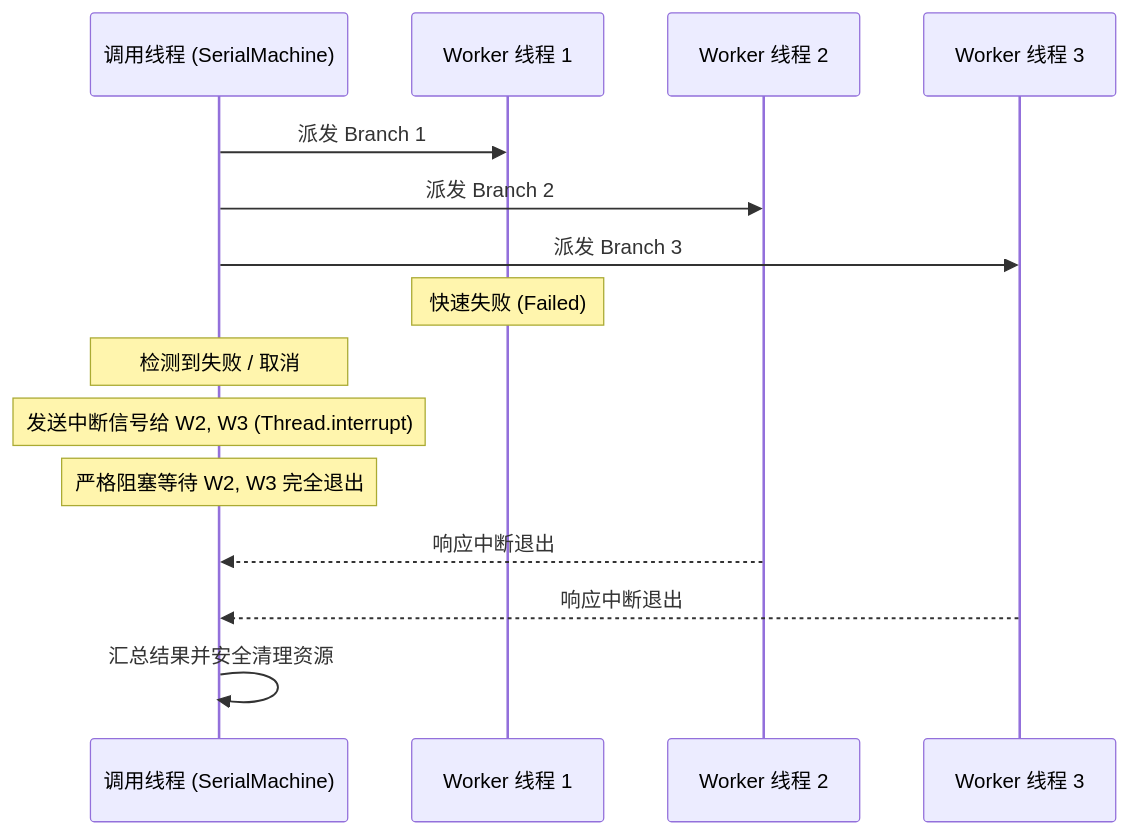
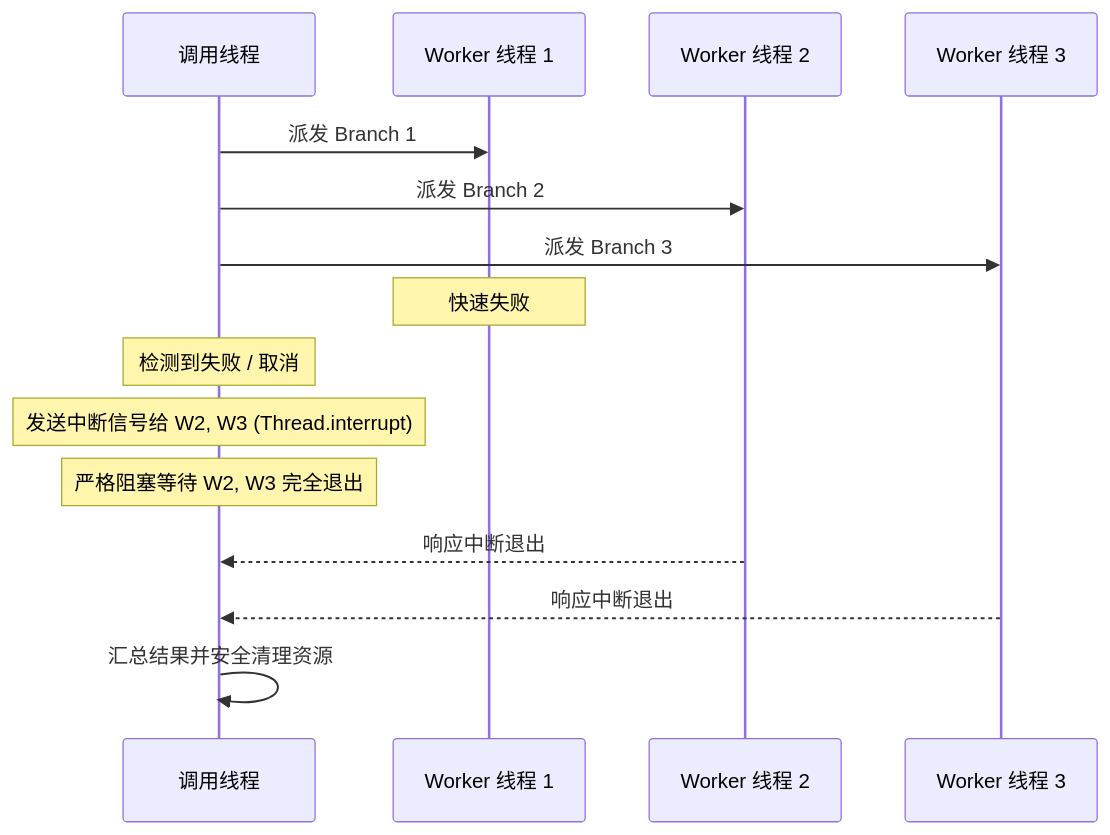
The second of 2 diagrams in docs/flow/flow-parallel.md (team4u/team4u-framework), drawn with Mermaid before and after one commit. The commit also changed other lines of this file and 142 other files, not shown here.

````diff
--- a/docs/flow/flow-parallel.md
+++ b/docs/flow/flow-parallel.md
@@ -174,21 +174,21 @@
 ```mermaid
 sequenceDiagram
-    participant Main as 调用线程 (SerialMachine)
+    participant Main as 调用线程
     participant W1 as Worker 线程 1
     participant W2 as Worker 线程 2
     participant W3 as Worker 线程 3
     
     Main->>W1: 派发 Branch 1
     Main->>W2: 派发 Branch 2
     Main->>W3: 派发 Branch 3
     
-    Note over W1: 快速失败 (Failed)
+    Note over W1: 快速失败
     Note over Main: 检测到失败 / 取消
     Note over Main: 发送中断信号给 W2, W3 (Thread.interrupt)
     
     Note over Main: 严格阻塞等待 W2, W3 完全退出
     W2-->>Main: 响应中断退出
     W3-->>Main: 响应中断退出
     
     Main->>Main: 汇总结果并安全清理资源
 ```
````
